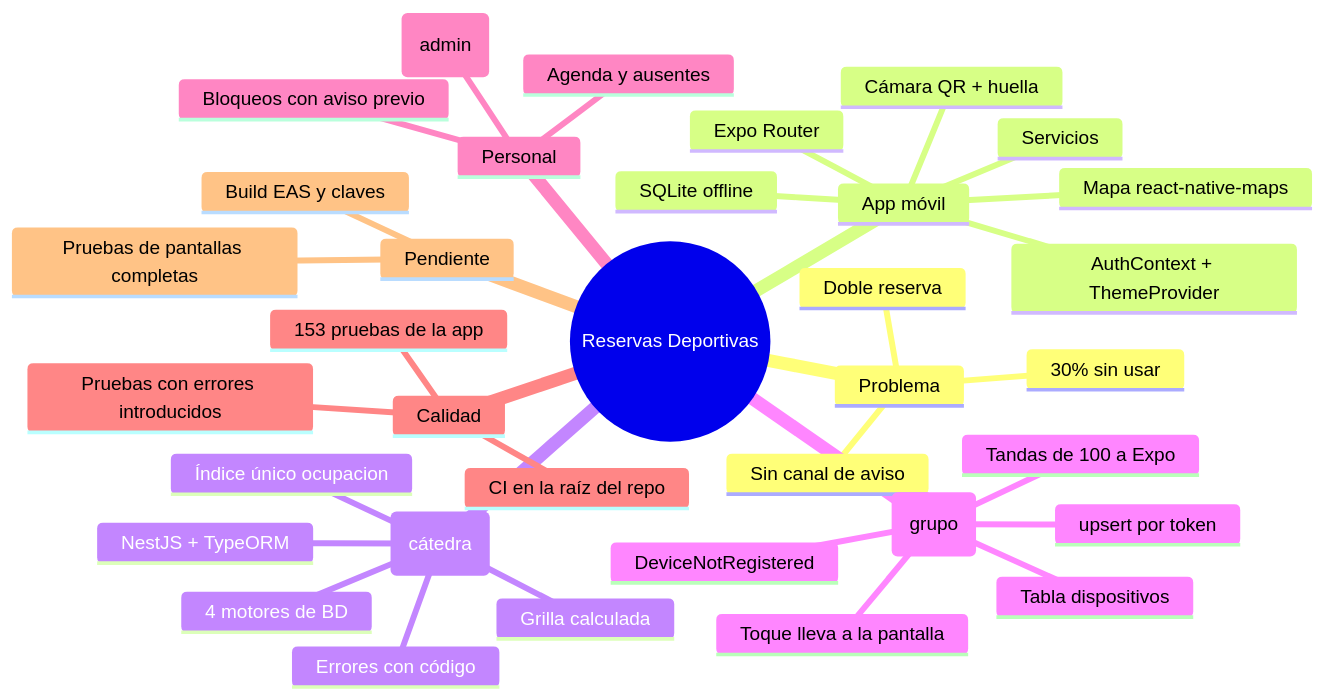
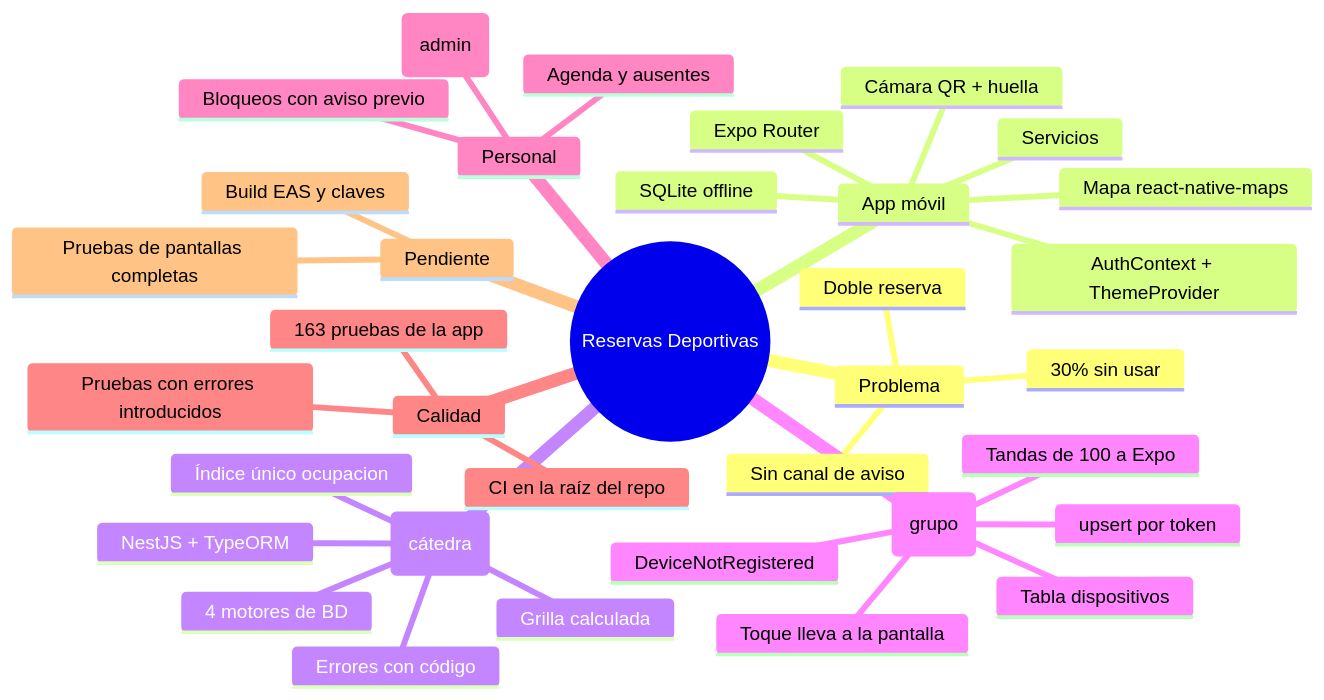
The diagram in docs/09-guia-de-defensa.md (lucas12cn/proyecto-final-reservas), drawn with Mermaid before and after one commit. The commit also changed other lines of this file and 16 other files, not shown here.

````diff
--- a/docs/09-guia-de-defensa.md
+++ b/docs/09-guia-de-defensa.md
@@ -276,38 +276,38 @@
 ```mermaid
 mindmap
   root((Reservas Deportivas))
     Problema
       Doble reserva
       Sin canal de aviso
       30% sin usar
     App móvil
       Expo Router
       AuthContext + ThemeProvider
       Servicios
       SQLite offline
       Cámara QR + huella
       Mapa react-native-maps
     API (cátedra)
       NestJS + TypeORM
       Grilla calculada
       Índice único ocupacion
       Errores con código
       4 motores de BD
     Push (grupo)
       Tabla dispositivos
       upsert por token
       Tandas de 100 a Expo
       DeviceNotRegistered
       Toque lleva a la pantalla
     Personal
       Agenda y ausentes
       Bloqueos con aviso previo
       Fijas y precios (admin)
     Calidad
-      153 pruebas de la app
+      163 pruebas de la app
       Pruebas con errores introducidos
       CI en la raíz del repo
     Pendiente
       Build EAS y claves
       Pruebas de pantallas completas
 ```
````
